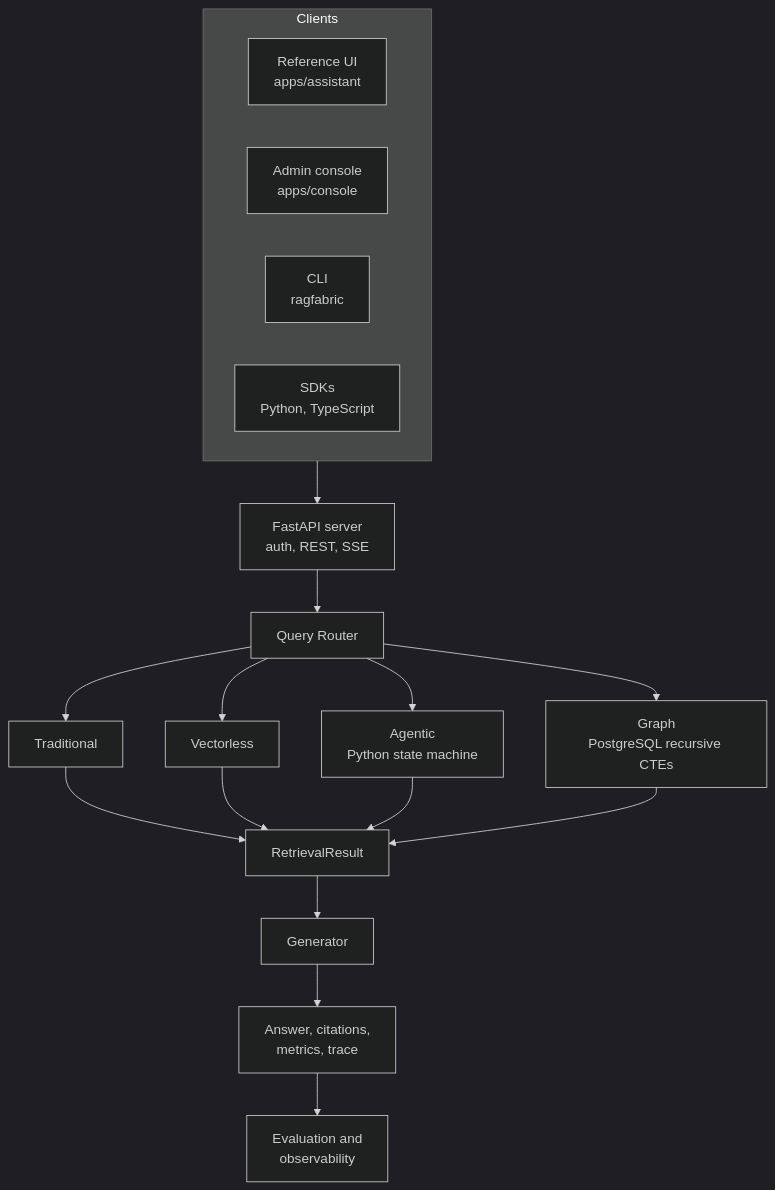
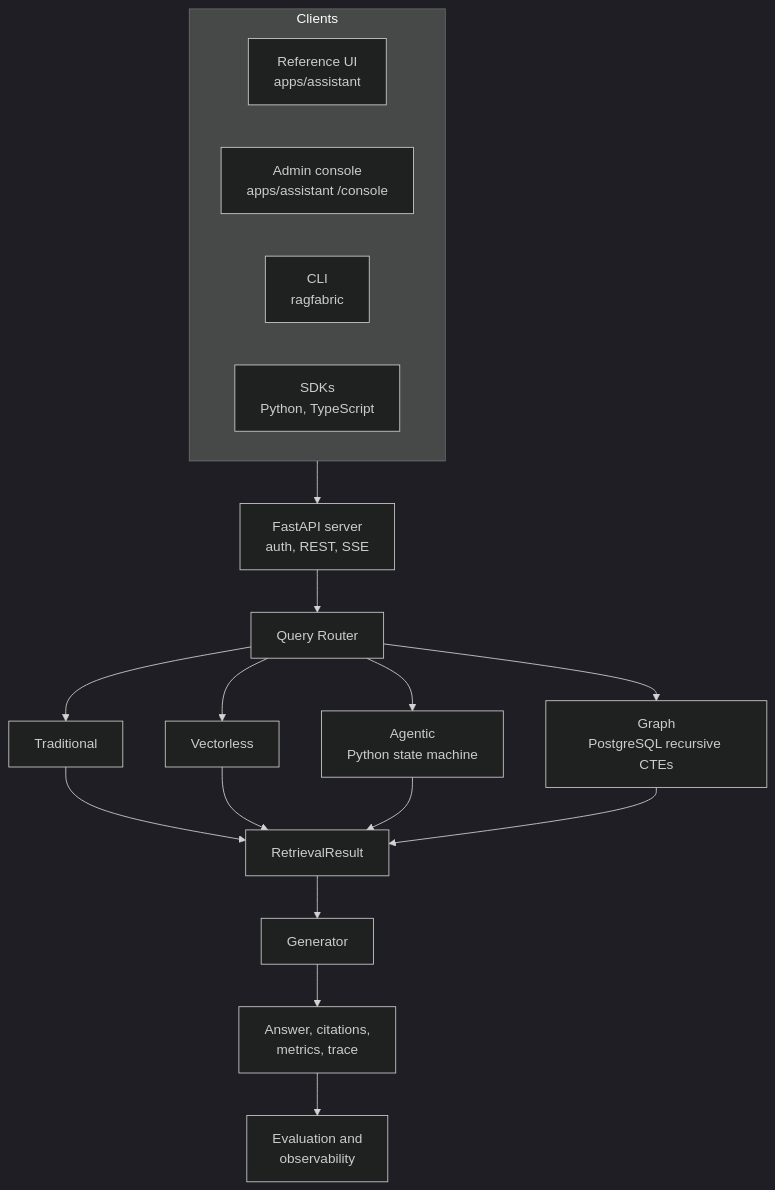
The diagram in README.md (ranjan-del/ragfabric), drawn with Mermaid (dark theme) before and after one commit. The commit also changed other lines of this file and 97 other files, not shown here.

````diff
--- a/README.md
+++ b/README.md
@@ -199,19 +199,19 @@
 ```mermaid
 flowchart TD
     subgraph Clients
         UI[Reference UI<br/>apps/assistant]
-        CON[Admin console<br/>apps/console]
+        CON[Admin console<br/>apps/assistant /console]
         CLI[CLI<br/>ragfabric]
         SDK[SDKs<br/>Python, TypeScript]
     end
     Clients --> API[FastAPI server<br/>auth, REST, SSE]
     API --> R[Query Router]
     R --> T[Traditional]
     R --> V[Vectorless]
     R --> A[Agentic<br/>Python state machine]
     R --> G[Graph<br/>PostgreSQL recursive CTEs]
     T & V & A & G --> RR[RetrievalResult]
     RR --> GEN[Generator]
     GEN --> OUT[Answer, citations,<br/>metrics, trace]
     OUT --> EVAL[Evaluation and<br/>observability]
 ```
````
